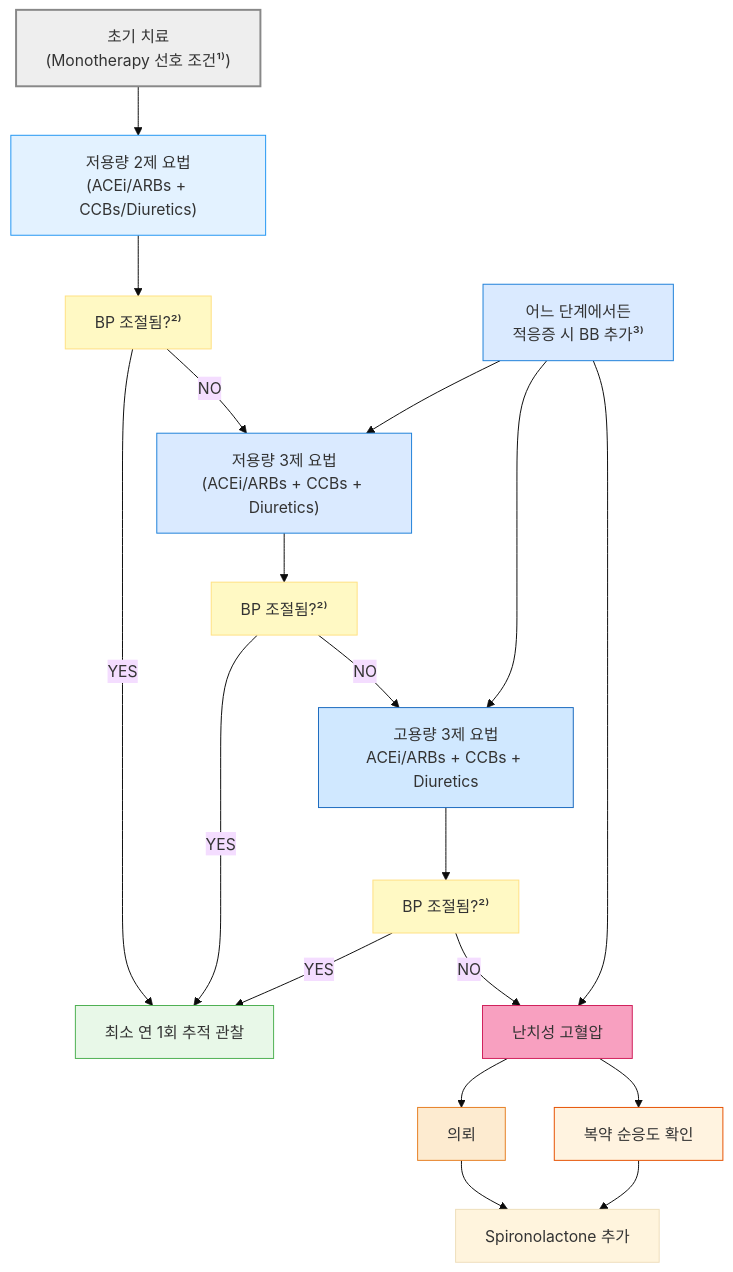
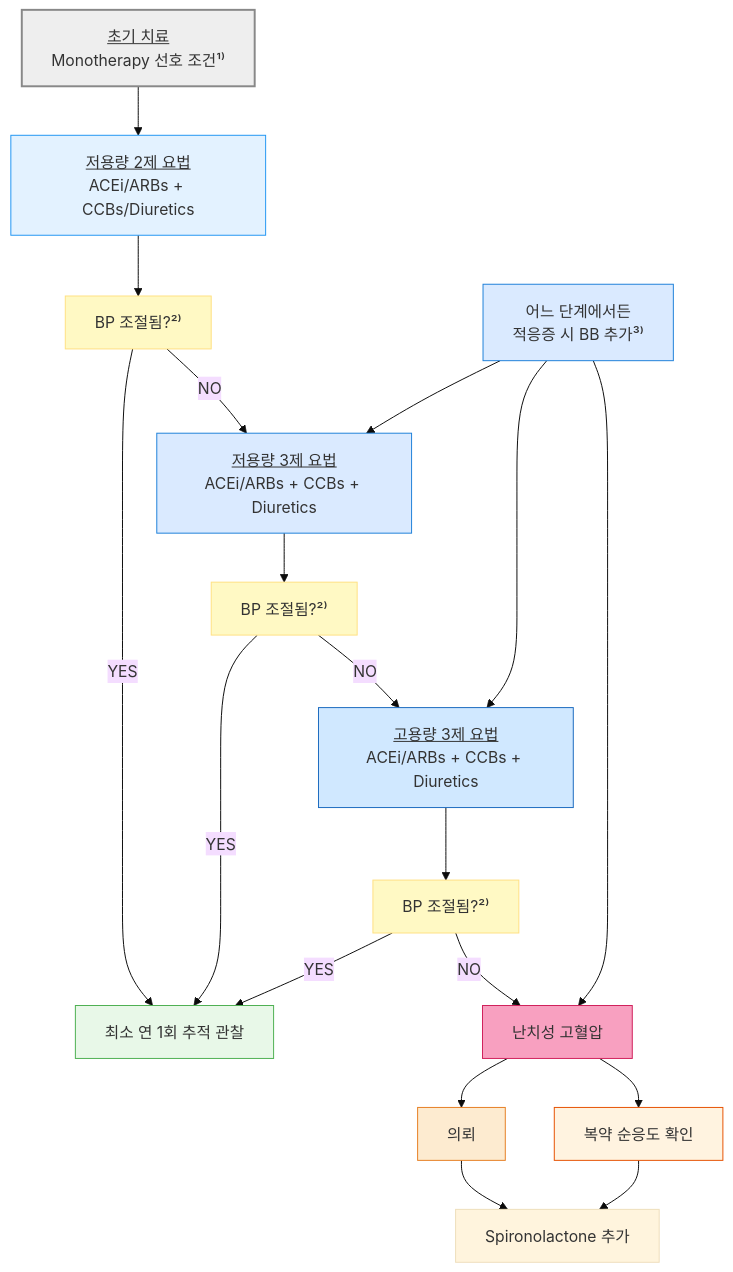
Before and after one commit to familyoh77/familyoh77: the fourth of 6 diagrams in 225_/095_-hypertension.md, drawn with Mermaid (base theme). The commit also changed other lines of this file, not shown here.

````diff
--- a/225_/095_-hypertension.md
+++ b/225_/095_-hypertension.md
@@ -913,48 +917,48 @@
 ```mermaid
 graph TD
-    Start["초기 치료 <br/>(Monotherapy 선호 조건¹⁾)"]
+    Start["<u>초기 치료</u> <br/>Monotherapy 선호 조건¹⁾"]
 style Start fill:#eeeeee,stroke:#888888,stroke-width:2px
-    T1["저용량 2제 요법<br/>(ACEi/ARBs + CCBs/Diuretics)"]  
-    T2["저용량 3제 요법<br/>(ACEi/ARBs + CCBs + Diuretics)"]
-    T3["고용량 3제 요법<br/>ACEi/ARBs + CCBs + Diuretics"]
+    T1["<u>저용량 2제 요법</u><br/>ACEi/ARBs + CCBs/Diuretics"]  
+    T2["<u>저용량 3제 요법</u><br/>ACEi/ARBs + CCBs + Diuretics"]
+    T3["<u>고용량 3제 요법</u><br/>ACEi/ARBs + CCBs + Diuretics"]
 style T1 fill:#e3f2ff,stroke:#2196f3
 style T2 fill:#daeaff,stroke:#1e80d9
 style T3 fill:#d0e8ff,stroke:#1a6abf
     Check1["BP 조절됨?²⁾"]
     Check2["BP 조절됨?²⁾"]
     Check3["BP 조절됨?²⁾"]
 classDef yellow fill:#fff9c4,stroke:#ffe082
 class Check1,Check2,Check3 yellow
     Resistant["난치성 고혈압"]
 style Resistant fill:#f8a0c0,stroke:#d01f5a
     Action1["의뢰"]
 style Action1 fill:#fdebd0,stroke:#e67e22
     Action2["복약 순응도 확인"]
 style Action2 fill:#fff3e0,stroke:#e65100
     Action3["Spironolactone 추가"]
 
     Beta["어느 단계에서든<br/>적응증 시 BB 추가³⁾"]
 style Beta fill:#daeaff,stroke:#1e80d9
     FU["최소 연 1회 추적 관찰"]
 style FU fill:#e8f8e8,stroke:#4caf50
     Start --> T1
     T1 --> Check1
     Check1 -- YES --> FU
     Check1 -- NO --> T2
     
     T2 --> Check2
     Check2 -- YES --> FU
     Check2 -- NO --> T3
     
     T3 --> Check3
     Check3 -- YES --> FU
     Check3 -- NO --> Resistant
     
     Resistant --> Action1
     Resistant --> Action2
     Action1 --> Action3
     Action2 --> Action3
     Beta --> T2
     Beta --> T3
     Beta --> Resistant
 ```
````
